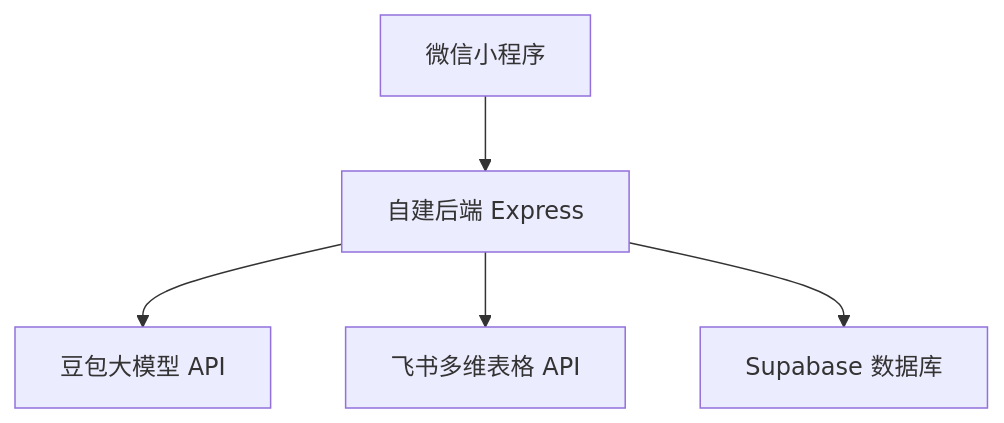
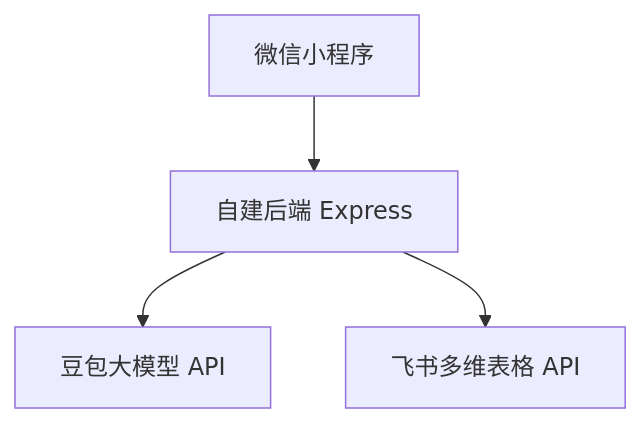
One commit to winnie6688/box2bitable changed the diagram in docs/technical.md. Above: the diagram before and after it, drawn with Mermaid. The commit also changed other lines of this file and 3 other files, not shown here.

````diff
--- a/docs/technical.md
+++ b/docs/technical.md
@@ -3,7 +3,6 @@
 ```mermaid
 graph TD
   A[微信小程序] --> B[自建后端 Express]
   B --> C[豆包大模型 API]
   B --> D[飞书多维表格 API]
-  B --> E[Supabase 数据库]
 ```
````
